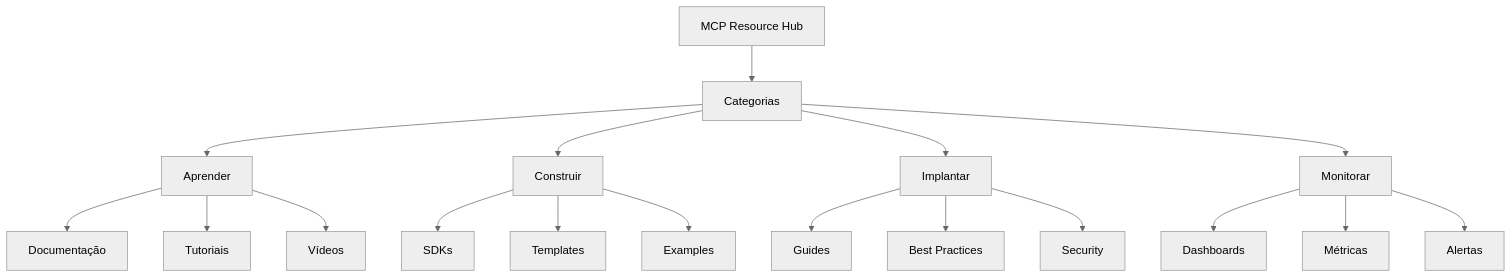
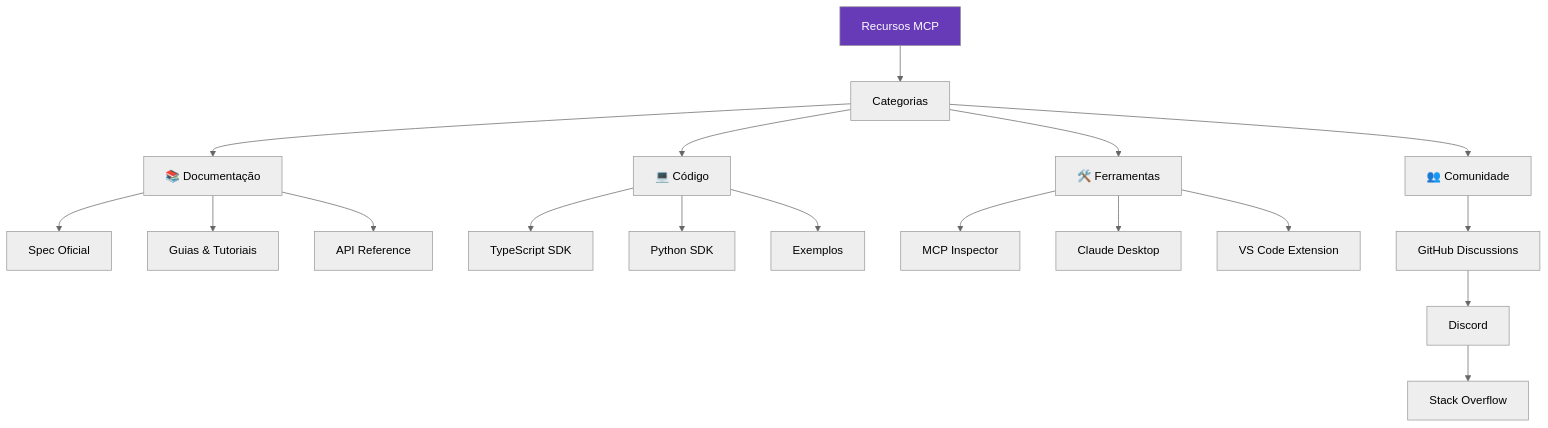
One commit to felipepimentel/my-public-notes changed diagram 19 of 28 in AI/Comunicação/MCP/00-mcp-presentation-zero to hero.md. Above: the diagram before and after it, drawn with Mermaid (neutral theme). The commit also changed other lines of this file, not shown here.

````diff
--- a/AI/Comunicação/MCP/00-mcp-presentation-zero to hero.md
+++ b/AI/Comunicação/MCP/00-mcp-presentation-zero to hero.md
@@ -688,25 +679,27 @@
 ```mermaid
 graph TD
-    HUB[MCP Resource Hub] --> CAT[Categorias]
+    RES[Recursos MCP] --> CAT[Categorias]
     
-    CAT --> LEARN[Aprender]
-    CAT --> BUILD[Construir]
-    CAT --> DEPLOY[Implantar]
-    CAT --> MONITOR[Monitorar]
+    CAT --> DOCS[📚 Documentação]
+    CAT --> CODE[💻 Código]
+    CAT --> TOOLS[🛠️ Ferramentas]
+    CAT --> COMM[👥 Comunidade]
     
-    LEARN --> L1[Documentação]
-    LEARN --> L2[Tutoriais]
-    LEARN --> L3[Vídeos]
+    DOCS --> D1[Spec Oficial]
+    DOCS --> D2[Guias & Tutoriais]
+    DOCS --> D3[API Reference]
     
-    BUILD --> B1[SDKs]
-    BUILD --> B2[Templates]
-    BUILD --> B3[Examples]
+    CODE --> C1[TypeScript SDK]
+    CODE --> C2[Python SDK]
+    CODE --> C3[Exemplos]
     
-    DEPLOY --> D1[Guides]
-    DEPLOY --> D2[Best Practices]
-    DEPLOY --> D3[Security]
+    TOOLS --> T1[MCP Inspector]
+    TOOLS --> T2[Claude Desktop]
+    TOOLS --> T3[VS Code Extension]
     
-    MONITOR --> M1[Dashboards]
-    MONITOR --> M2[Métricas]
-    MONITOR --> M3[Alertas]
+    COMM --> CO1[GitHub Discussions]
+    CO1 --> CO2[Discord]
+    CO2 --> CO3[Stack Overflow]
+    
+    style RES fill:#673ab7,color:#fff
 ```
````
